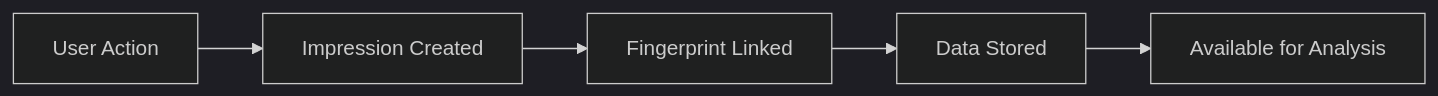
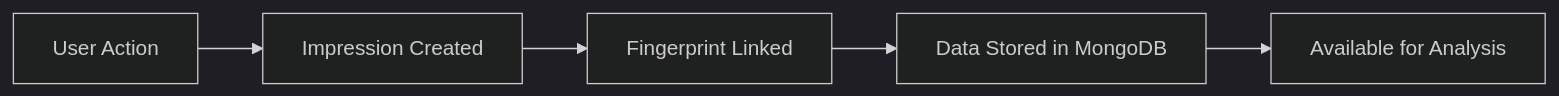
The third of 6 diagrams in docs/ARCHITECTURE.md (project-89/argos-server), drawn with Mermaid (dark theme) before and after one commit. The commit also changed other lines of this file and 23 other files, not shown here.

````diff
--- a/docs/ARCHITECTURE.md
+++ b/docs/ARCHITECTURE.md
@@ -137,7 +151,7 @@
 ```mermaid
 graph LR
     A[User Action] --> B[Impression Created]
     B --> C[Fingerprint Linked]
-    C --> D[Data Stored]
+    C --> D[Data Stored in MongoDB]
     D --> E[Available for Analysis]
 ```
````
